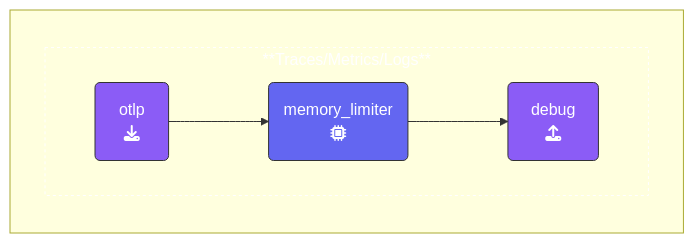
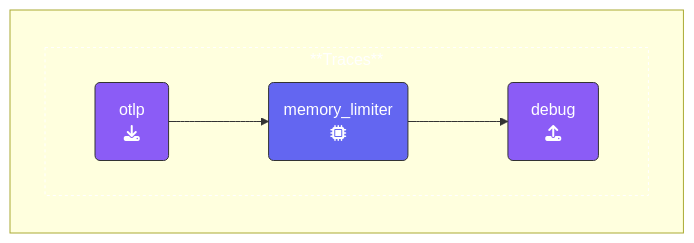
Before and after one commit to splunk/observability-workshop: the diagram in content/en/ninja-workshops/10-advanced-otel/1-agent/1-1-exercise.md, drawn with Mermaid. The commit also changed other lines of this file, not shown here.

````diff
--- a/content/en/ninja-workshops/10-advanced-otel/1-agent/1-1-exercise.md
+++ b/content/en/ninja-workshops/10-advanced-otel/1-agent/1-1-exercise.md
@@ -50,21 +55,21 @@
 ```mermaid
 %%{init:{"fontFamily":"monospace"}}%%
 graph LR
     %% Nodes
       REC1(&nbsp;&nbsp;otlp&nbsp;&nbsp;<br>fa:fa-download):::receiver
       PRO1(memory_limiter<br>fa:fa-microchip):::processor
       EXP1(&ensp;debug&ensp;<br>fa:fa-upload):::exporter
     %% Links
     subID1:::sub-traces
     subgraph " "
-      subgraph subID1[**Traces/Metrics/Logs**]
+      subgraph subID1[**Traces**]
       direction LR
       REC1 --> PRO1
       PRO1 --> EXP1
       end
     end
 classDef receiver,exporter fill:#8b5cf6,stroke:#333,stroke-width:1px,color:#fff;
 classDef processor fill:#6366f1,stroke:#333,stroke-width:1px,color:#fff;
 classDef con-receive,con-export fill:#45c175,stroke:#333,stroke-width:1px,color:#fff;
 classDef sub-traces stroke:#fff,stroke-width:1px, color:#fff,stroke-dasharray: 3 3;
 ```
````
